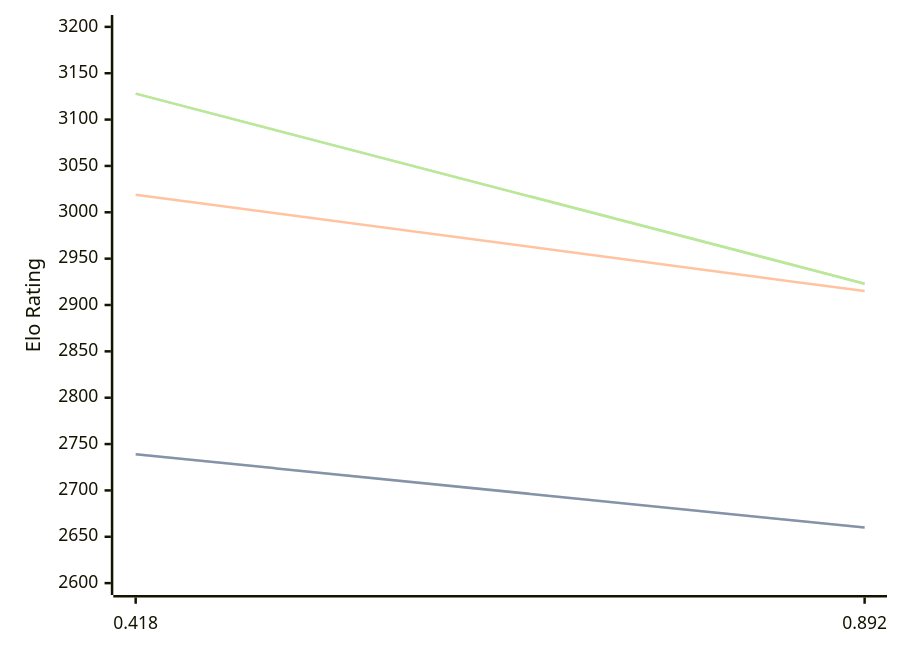
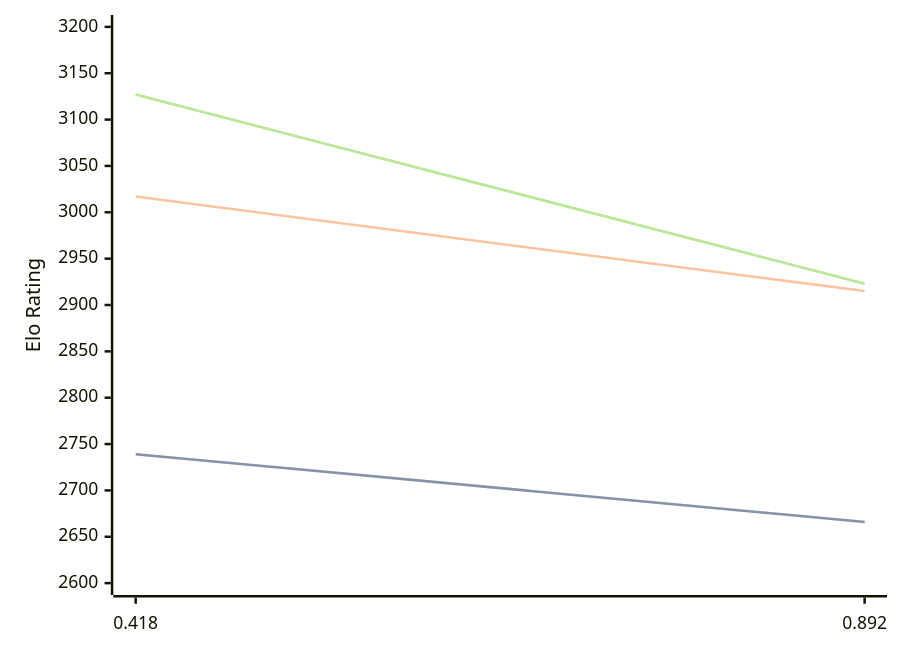
One commit to computer-chess-index/cci changed the diagram in engines/Malika.md. Above: the diagram before and after it, drawn with Mermaid. The commit also changed other lines of this file, not shown here.

Commit message:
Update CCI Ratings (ELO VLTC) - 2026-03-25

````diff
--- a/engines/Malika.md
+++ b/engines/Malika.md
@@ -32,11 +32,11 @@
 ```mermaid
 %%{init: {"theme":"base","themeVariables":{"seriesColors:['#a3a3a3','#222221','#faa371']}}}%%
 xychart-beta
   x-axis ["0.418", "0.892"]
   y-axis "Elo Rating" 2600 --> 3200
-  line "STC (8.0+0.08s)" [2739, 2660]
-  line "STC (8.0+0.08s)" [2739, 2660]
-  line "LTC (60.0+0.60s)" [3019, 2915]
-  line "VLTC (2m24s+1.12s)" [3128, 2923]
-  line "VLTC (2m24s+1.12s)" [3128, 2923]
+  line "STC (8.0+0.08s)" [2739, 2666]
+  line "STC (8.0+0.08s)" [2739, 2666]
+  line "LTC (60.0+0.60s)" [3017, 2915]
+  line "VLTC (2m24s+1.12s)" [3127, 2923]
+  line "VLTC (2m24s+1.12s)" [3127, 2923]
 ```
````
